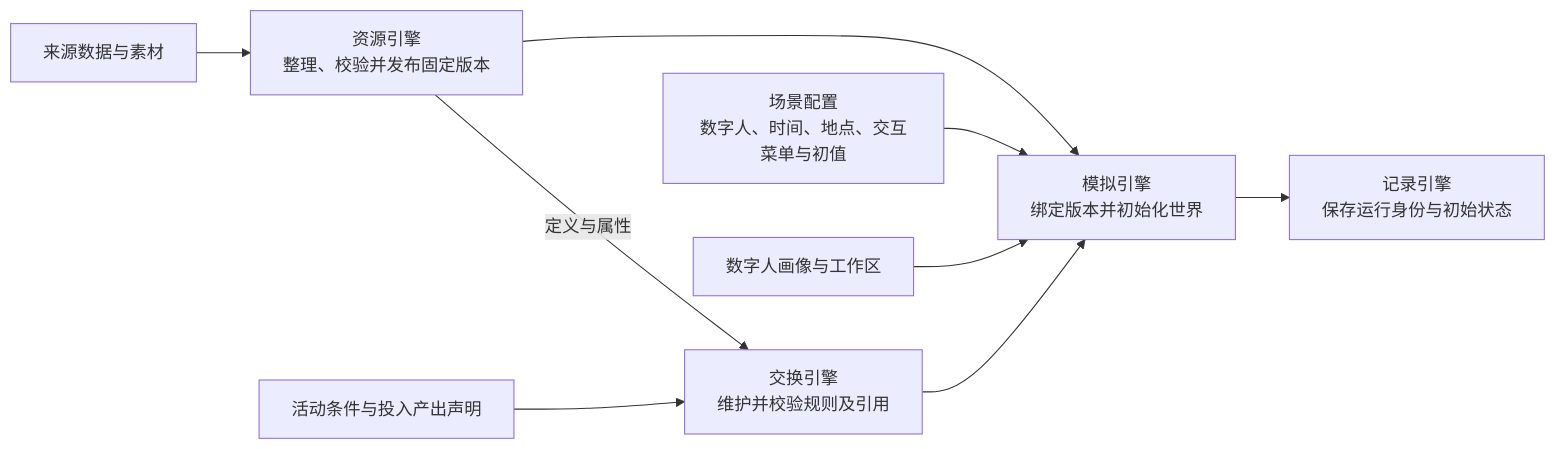
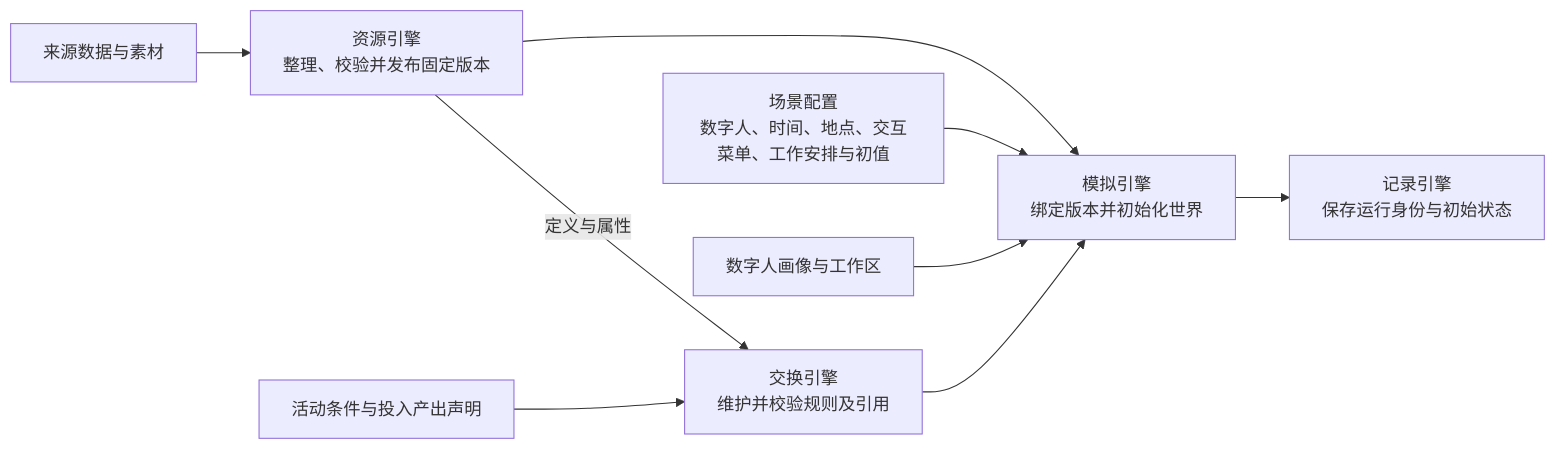
One commit to HoldThatThgt/WorldMock changed the second of 8 diagrams in docs/design/01-architecture.md. Above: the diagram before and after it, drawn with Mermaid. The commit also changed other lines of this file and 23 other files, not shown here.

````diff
--- a/docs/design/01-architecture.md
+++ b/docs/design/01-architecture.md
@@ -130,11 +130,11 @@
 ```mermaid
 flowchart LR
     SRC[来源数据与素材] --> R[资源引擎<br/>整理、校验并发布固定版本]
     RULE[活动条件与投入产出声明] --> X[交换引擎<br/>维护并校验规则及引用]
     R -->|定义与属性| X
-    CONF[场景配置<br/>数字人、时间、地点、交互菜单与初值] --> S[模拟引擎<br/>绑定版本并初始化世界]
+    CONF[场景配置<br/>数字人、时间、地点、交互菜单、工作安排与初值] --> S[模拟引擎<br/>绑定版本并初始化世界]
     R --> S
     X --> S
     PERSON[数字人画像与工作区] --> S
     S --> F[记录引擎<br/>保存运行身份与初始状态]
 ```
````
